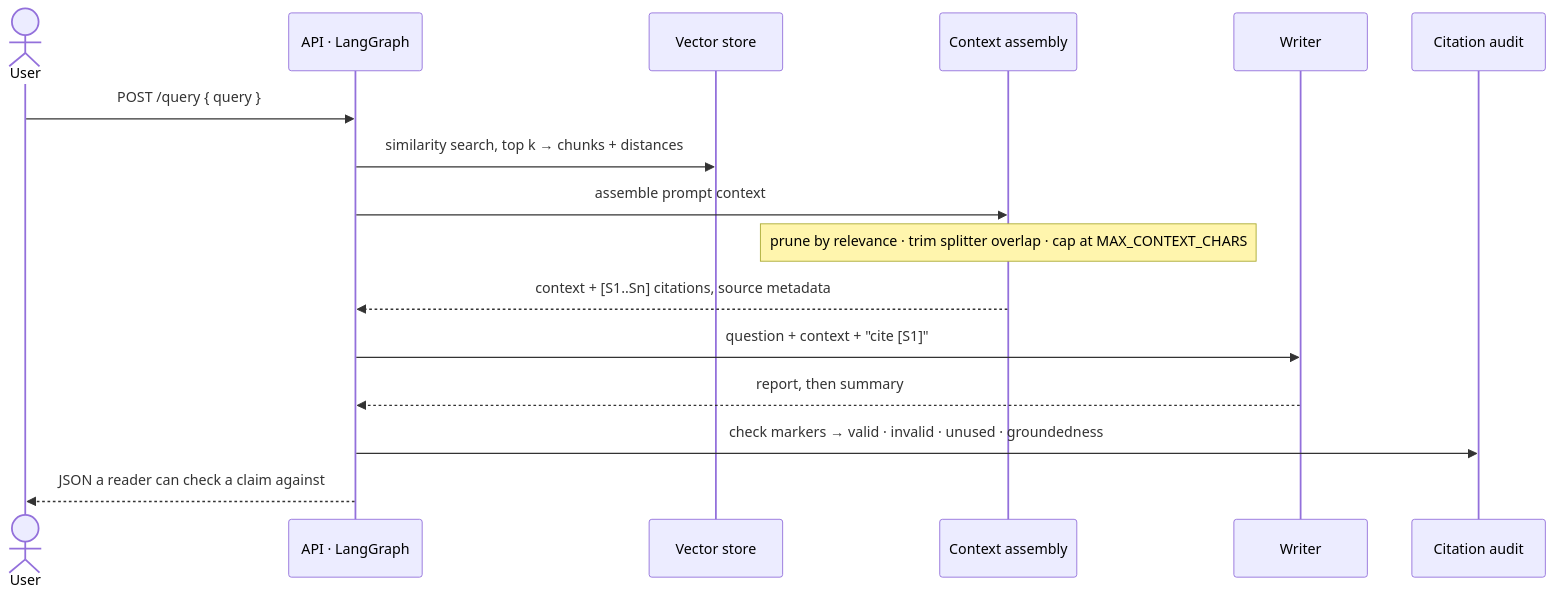
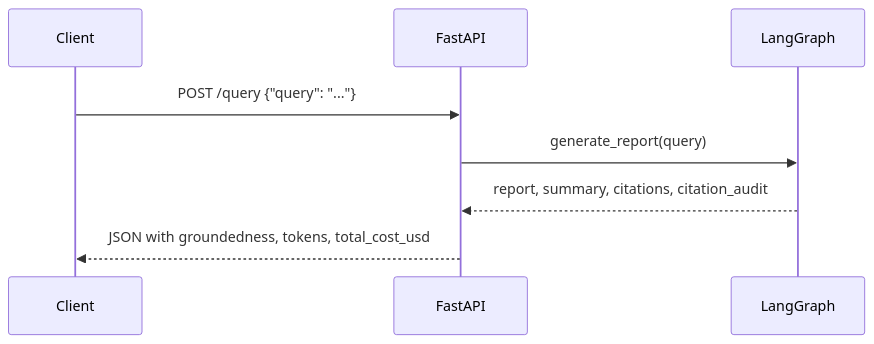
One commit to dev-sas002/rag-report-composer changed the second of 2 diagrams in README.md. Above: the diagram before and after it, drawn with Mermaid. The commit also changed other lines of this file, not shown here.

````diff
--- a/README.md
+++ b/README.md
@@ -60,18 +69,10 @@
 ```mermaid
 sequenceDiagram
-    actor U as User
-    participant G as API · LangGraph
-    participant V as Vector store
-    participant C as Context assembly
-    participant W as Writer
-    participant A as Citation audit
-    U->>G: POST /query { query }
-    G->>V: similarity search, top k → chunks + distances
-    G->>C: assemble prompt context
-    Note over C: prune by relevance · trim splitter overlap · cap at MAX_CONTEXT_CHARS
-    C-->>G: context + [S1..Sn] citations, source metadata
-    G->>W: question + context + "cite [S1]"
-    W-->>G: report, then summary
-    G->>A: check markers → valid · invalid · unused · groundedness
-    G-->>U: JSON a reader can check a claim against
+    participant C as Client
+    participant API as FastAPI
+    participant G as LangGraph
+    C->>API: POST /query {"query": "..."}
+    API->>G: generate_report(query)
+    G-->>API: report, summary, citations, citation_audit
+    API-->>C: JSON with groundedness, tokens, total_cost_usd
 ```
````
